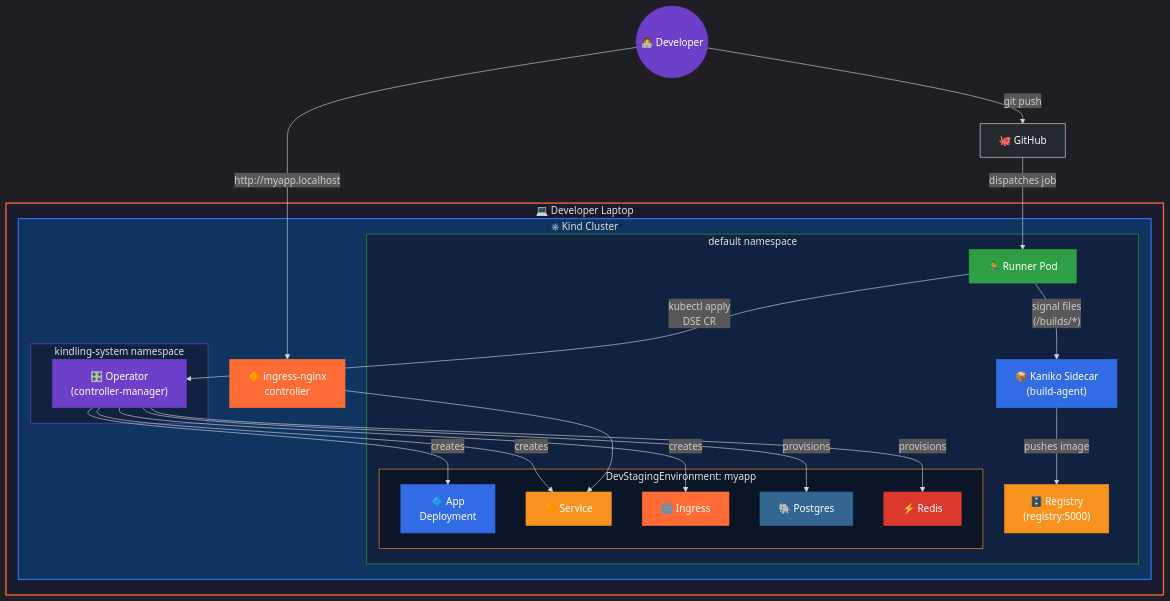
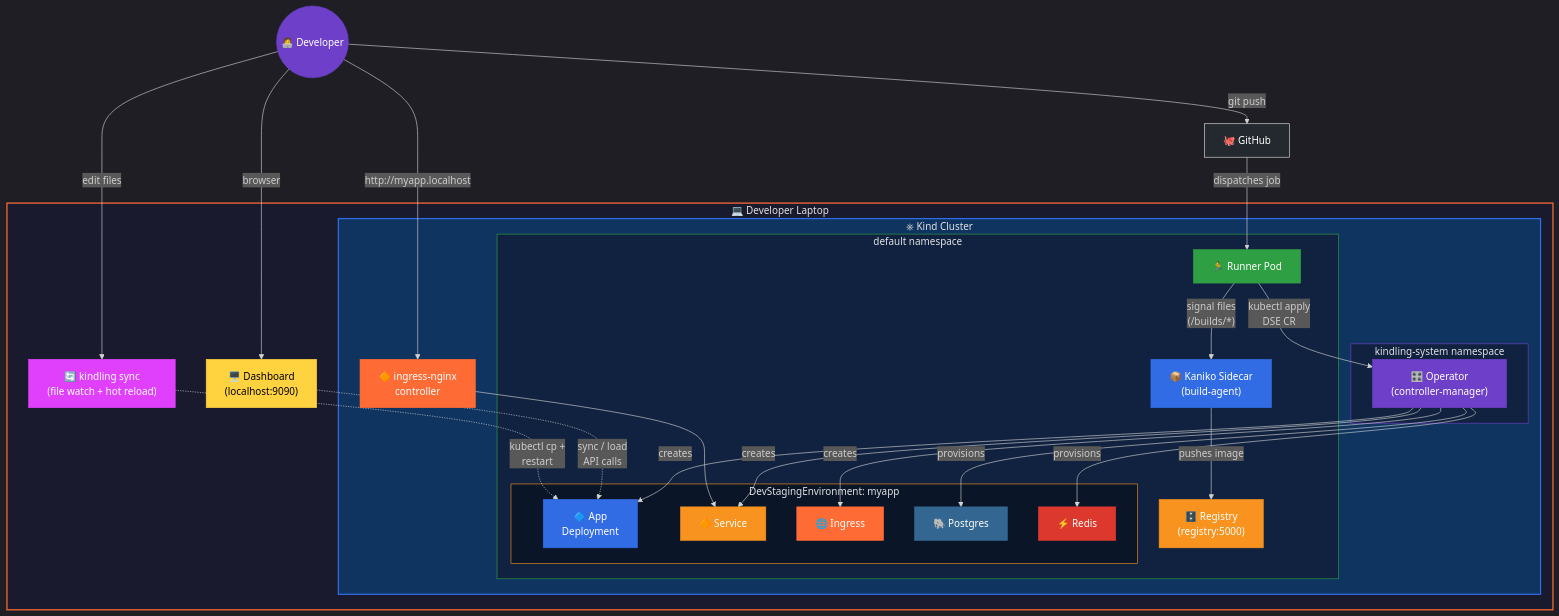
One commit to kindling-sh/kindling changed the first of 3 diagrams in docs/architecture.md. Above: the diagram before and after it, drawn with Mermaid. The commit also changed other lines of this file and 16 other files, not shown here.

````diff
--- a/docs/architecture.md
+++ b/docs/architecture.md
@@ -11,61 +12,70 @@
 ```mermaid
 %%{init: {'theme': 'dark'}}%%
 flowchart TB
     dev(("👩‍💻 Developer"))
 
     subgraph laptop["💻 Developer Laptop"]
         subgraph kind["⎈ Kind Cluster"]
 
             subgraph system["kindling-system namespace"]
                 operator["🎛️ Operator\n(controller-manager)"]
             end
 
             subgraph ns_default["default namespace"]
                 runner["🏃 Runner Pod"]
                 kaniko["📦 Kaniko Sidecar\n(build-agent)"]
                 registry["🗄️ Registry\n(registry:5000)"]
 
                 subgraph env1["DevStagingEnvironment: myapp"]
                     app["🔷 App\nDeployment"]
                     svc["🔶 Service"]
                     ing["🌐 Ingress"]
                     pg["🐘 Postgres"]
                     rd["⚡ Redis"]
                 end
             end
 
             ingress_ctrl["🔶 ingress-nginx\ncontroller"]
         end
+
+        dashboard["🖥️ Dashboard\n(localhost:9090)"]
+        sync_engine["🔄 kindling sync\n(file watch + hot reload)"]
     end
 
     dev -- "git push" --> gh["🐙 GitHub"]
     gh -- "dispatches job" --> runner
     runner -- "signal files\n(/builds/*)" --> kaniko
     kaniko -- "pushes image" --> registry
     runner -- "kubectl apply\nDSE CR" --> operator
     operator -- "creates" --> app
     operator -- "creates" --> svc
     operator -- "creates" --> ing
     operator -- "provisions" --> pg
     operator -- "provisions" --> rd
     dev -- "http://myapp.localhost" --> ingress_ctrl
     ingress_ctrl --> svc
+    dev -- "browser" --> dashboard
+    dashboard -. "sync / load\nAPI calls" .-> app
+    dev -- "edit files" --> sync_engine
+    sync_engine -. "kubectl cp +\nrestart" .-> app
 
     style laptop fill:#1a1a2e,stroke:#FF6B35,color:#e0e0e0,stroke-width:2px
     style kind fill:#0f3460,stroke:#326CE5,color:#e0e0e0,stroke-width:2px
     style system fill:#112240,stroke:#6e40c9,color:#e0e0e0
     style ns_default fill:#112240,stroke:#2ea043,color:#e0e0e0
     style env1 fill:#0a1628,stroke:#F7931E,color:#e0e0e0
     style operator fill:#6e40c9,stroke:#6e40c9,color:#fff
     style runner fill:#2ea043,stroke:#2ea043,color:#fff
     style kaniko fill:#326CE5,stroke:#326CE5,color:#fff
     style registry fill:#F7931E,stroke:#F7931E,color:#fff
     style ingress_ctrl fill:#FF6B35,stroke:#FF6B35,color:#fff
     style dev fill:#6e40c9,stroke:#6e40c9,color:#fff
     style gh fill:#24292f,stroke:#e0e0e0,color:#fff
     style app fill:#326CE5,stroke:#326CE5,color:#fff
     style svc fill:#F7931E,stroke:#F7931E,color:#fff
     style ing fill:#FF6B35,stroke:#FF6B35,color:#fff
     style pg fill:#336791,stroke:#336791,color:#fff
     style rd fill:#DC382D,stroke:#DC382D,color:#fff
+    style dashboard fill:#FFD23F,stroke:#FFD23F,color:#000
+    style sync_engine fill:#e040fb,stroke:#e040fb,color:#fff
 ```
````
